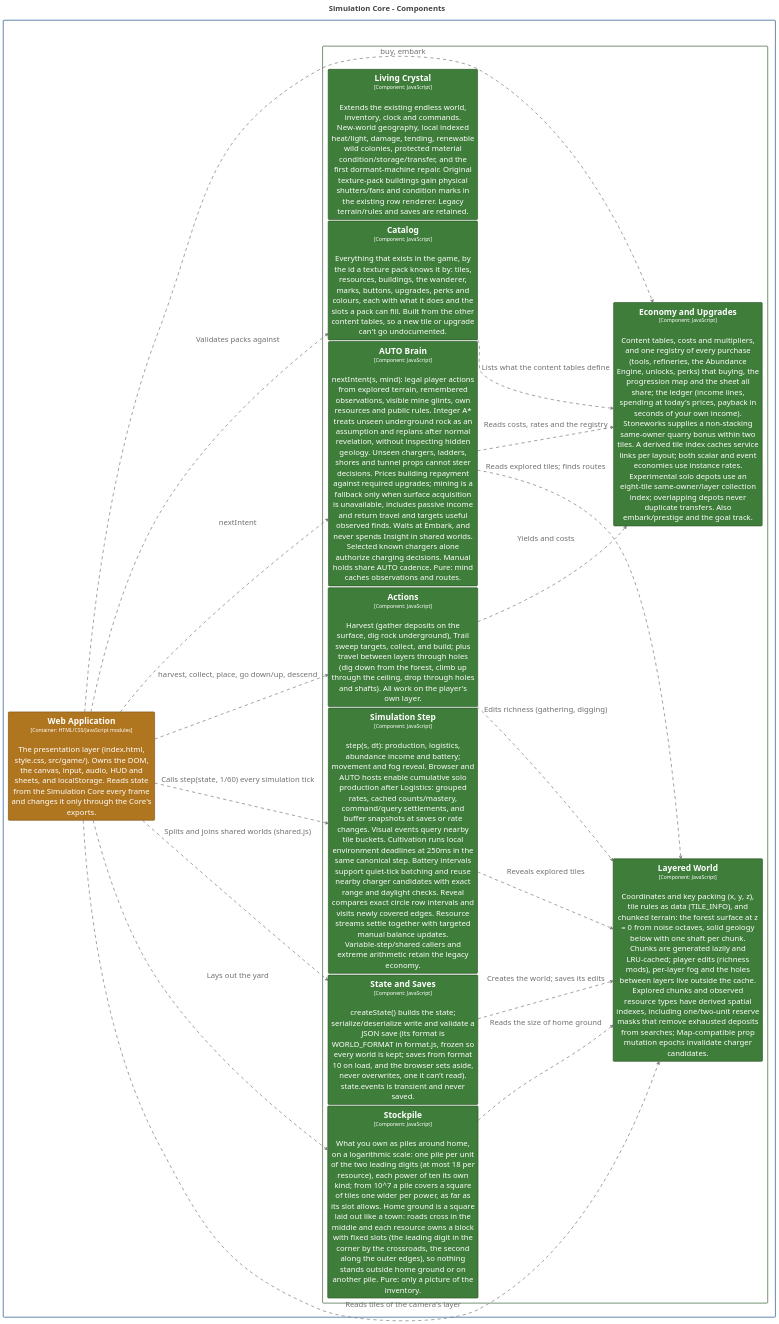
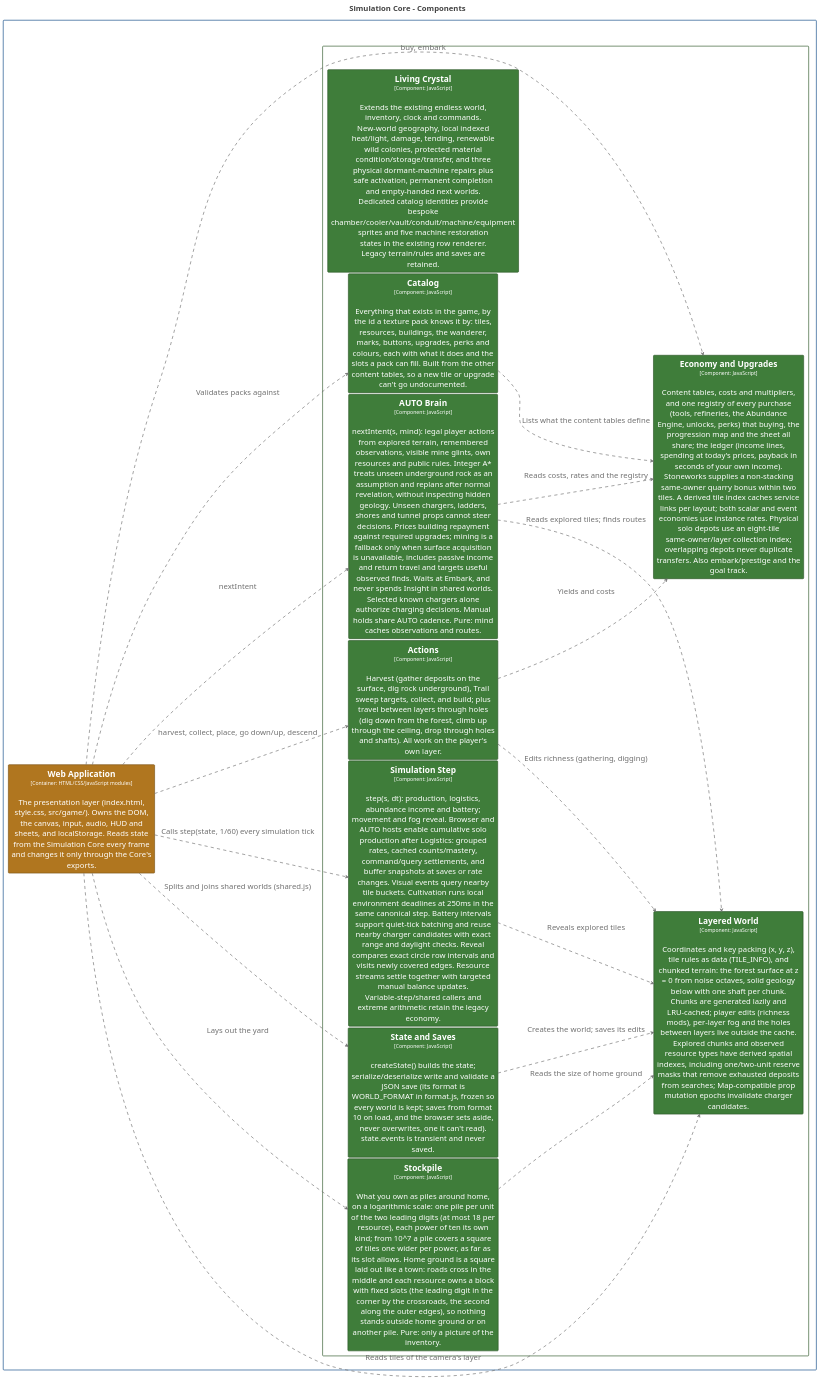
The diagram in structurizr/diagrams/CoreComponents.puml (bitkojine/more-than-enough), drawn with PlantUML before and after one commit. The commit also changed 114 other files, not shown here.

Commit message:
Refresh restoration artwork with chalk, slate and physical equipment tiers

```diff
--- a/structurizr/diagrams/CoreComponents.puml
+++ b/structurizr/diagrams/CoreComponents.puml
@@ -2,105 +2,105 @@
 @startuml
 title <size:24>Simulation Core - Components</size>
 
 set separator none
 left to right direction
 skinparam ranksep 20
 skinparam nodesep 5
 hide stereotype
 
 <style>
   root {
     BackgroundColor: #ffffff;
     FontColor: #444444;
   }
   // Element,Component,Core Engine
   .Element-RWxlbWVudCxDb21wb25lbnQsQ29yZSBFbmdpbmU= {
     BackgroundColor: #3f7d3a;
     LineColor: #2c5728;
     LineStyle: 0;
     LineThickness: 2;
     FontColor: #ffffff;
     FontSize: 24;
     HorizontalAlignment: center;
     Shadowing: 0;
     MaximumWidth: 450;
   }
   // Element,Container,Presentation
   .Element-RWxlbWVudCxDb250YWluZXIsUHJlc2VudGF0aW9u {
     BackgroundColor: #b0761f;
     LineColor: #7b5215;
     LineStyle: 0;
     LineThickness: 2;
     FontColor: #ffffff;
     FontSize: 24;
     HorizontalAlignment: center;
     Shadowing: 0;
     MaximumWidth: 450;
   }
   // Relationship
   .Relationship-UmVsYXRpb25zaGlw {
     LineThickness: 2;
     LineStyle: 10-10;
     LineColor: #707070;
     FontColor: #707070;
     FontSize: 24;
     MaximumWidth: 200;
   }
   // MORE THAN ENOUGH
   .Boundary-TU9SRSBUSEFOIEVOT1VHSA== {
     BackgroundColor: #ffffff;
     LineColor: #0b4884;
     LineStyle: 0;
     LineThickness: 2;
     FontColor: #ffffff;
     FontSize: 24;
     HorizontalAlignment: center;
     Shadowing: 0;
   }
   // Simulation Core
   .Boundary-U2ltdWxhdGlvbiBDb3Jl {
     BackgroundColor: #ffffff;
     LineColor: #2c5728;
     LineStyle: 0;
     LineThickness: 2;
     FontColor: #ffffff;
     FontSize: 24;
     HorizontalAlignment: center;
     Shadowing: 0;
   }
 </style>
 
 rectangle "MORE THAN ENOUGH\n<size:16>[Software System]</size>" <<Boundary-TU9SRSBUSEFOIEVOT1VHSA==>> {
   rectangle "Simulation Core\n<size:16>[Container: JavaScript modules (browser + Node)]</size>" <<Boundary-U2ltdWxhdGlvbiBDb3Jl>> {
-    rectangle "==Living Crystal\n<size:16>[Component: JavaScript]</size>\n\nExtends the existing endless world, inventory, clock and commands. New-world geography, local indexed heat/light, damage, tending, renewable wild colonies, protected material condition/storage/transfer, and the first dormant-machine repair. Original texture-pack buildings gain physical shutters/fans and condition marks in the existing row renderer. Legacy terrain/rules and saves are retained." <<Element-RWxlbWVudCxDb21wb25lbnQsQ29yZSBFbmdpbmU=>> as MORETHANENOUGH.SimulationCore.LivingCrystal
+    rectangle "==Living Crystal\n<size:16>[Component: JavaScript]</size>\n\nExtends the existing endless world, inventory, clock and commands. New-world geography, local indexed heat/light, damage, tending, renewable wild colonies, protected material condition/storage/transfer, and three physical dormant-machine repairs plus safe activation, permanent completion and empty-handed next worlds. Dedicated catalog identities provide bespoke chamber/cooler/vault/conduit/machine/equipment sprites and five machine restoration states in the existing row renderer. Legacy terrain/rules and saves are retained." <<Element-RWxlbWVudCxDb21wb25lbnQsQ29yZSBFbmdpbmU=>> as MORETHANENOUGH.SimulationCore.LivingCrystal
     rectangle "==Layered World\n<size:16>[Component: JavaScript]</size>\n\nCoordinates and key packing (x, y, z), tile rules as data (TILE_INFO), and chunked terrain: the forest surface at z = 0 from noise octaves, solid geology below with one shaft per chunk. Chunks are generated lazily and LRU-cached; player edits (richness mods), per-layer fog and the holes between layers live outside the cache. Explored chunks and observed resource types have derived spatial indexes, including one/two-unit reserve masks that remove exhausted deposits from searches; Map-compatible prop mutation epochs invalidate charger candidates." <<Element-RWxlbWVudCxDb21wb25lbnQsQ29yZSBFbmdpbmU=>> as MORETHANENOUGH.SimulationCore.LayeredWorld
     rectangle "==State and Saves\n<size:16>[Component: JavaScript]</size>\n\ncreateState() builds the state; serialize/deserialize write and validate a JSON save (its format is WORLD_FORMAT in format.js, frozen so every world is kept; saves from format 10 on load, and the browser sets aside, never overwrites, one it can't read). state.events is transient and never saved." <<Element-RWxlbWVudCxDb21wb25lbnQsQ29yZSBFbmdpbmU=>> as MORETHANENOUGH.SimulationCore.StateandSaves
     rectangle "==Simulation Step\n<size:16>[Component: JavaScript]</size>\n\nstep(s, dt): production, logistics, abundance income and battery; movement and fog reveal. Browser and AUTO hosts enable cumulative solo production after Logistics: grouped rates, cached counts/mastery, command/query settlements, and buffer snapshots at saves or rate changes. Visual events query nearby tile buckets. Cultivation runs local environment deadlines at 250ms in the same canonical step. Battery intervals support quiet-tick batching and reuse nearby charger candidates with exact range and daylight checks. Reveal compares exact circle row intervals and visits newly covered edges. Resource streams settle together with targeted manual balance updates. Variable-step/shared callers and extreme arithmetic retain the legacy economy." <<Element-RWxlbWVudCxDb21wb25lbnQsQ29yZSBFbmdpbmU=>> as MORETHANENOUGH.SimulationCore.SimulationStep
     rectangle "==Actions\n<size:16>[Component: JavaScript]</size>\n\nHarvest (gather deposits on the surface, dig rock underground), Trail sweep targets, collect, and build; plus travel between layers through holes (dig down from the forest, climb up through the ceiling, drop through holes and shafts). All work on the player's own layer." <<Element-RWxlbWVudCxDb21wb25lbnQsQ29yZSBFbmdpbmU=>> as MORETHANENOUGH.SimulationCore.Actions
     rectangle "==AUTO Brain\n<size:16>[Component: JavaScript]</size>\n\nnextIntent(s, mind): legal player actions from explored terrain, remembered observations, visible mine glints, own resources and public rules. Integer A* treats unseen underground rock as an assumption and replans after normal revelation, without inspecting hidden geology. Unseen chargers, ladders, shores and tunnel props cannot steer decisions. Prices building repayment against required upgrades; mining is a fallback only when surface acquisition is unavailable, includes passive income and return travel and targets useful observed finds. Waits at Embark, and never spends Insight in shared worlds. Selected known chargers alone authorize charging decisions. Manual holds share AUTO cadence. Pure: mind caches observations and routes." <<Element-RWxlbWVudCxDb21wb25lbnQsQ29yZSBFbmdpbmU=>> as MORETHANENOUGH.SimulationCore.AUTOBrain
     rectangle "==Stockpile\n<size:16>[Component: JavaScript]</size>\n\nWhat you own as piles around home, on a logarithmic scale: one pile per unit of the two leading digits (at most 18 per resource), each power of ten its own kind; from 10^7 a pile covers a square of tiles one wider per power, as far as its slot allows. Home ground is a square laid out like a town: roads cross in the middle and each resource owns a block with fixed slots (the leading digit in the corner by the crossroads, the second along the outer edges), so nothing stands outside home ground or on another pile. Pure: only a picture of the inventory." <<Element-RWxlbWVudCxDb21wb25lbnQsQ29yZSBFbmdpbmU=>> as MORETHANENOUGH.SimulationCore.Stockpile
     rectangle "==Catalog\n<size:16>[Component: JavaScript]</size>\n\nEverything that exists in the game, by the id a texture pack knows it by: tiles, resources, buildings, the wanderer, marks, buttons, upgrades, perks and colours, each with what it does and the slots a pack can fill. Built from the other content tables, so a new tile or upgrade can't go undocumented." <<Element-RWxlbWVudCxDb21wb25lbnQsQ29yZSBFbmdpbmU=>> as MORETHANENOUGH.SimulationCore.Catalog
-    rectangle "==Economy and Upgrades\n<size:16>[Component: JavaScript]</size>\n\nContent tables, costs and multipliers, and one registry of every purchase (tools, refineries, the Abundance Engine, unlocks, perks) that buying, the progression map and the sheet all share; the ledger (income lines, spending at today's prices, payback in seconds of your own income). Stoneworks supplies a non-stacking same-owner quarry bonus within two tiles. A derived tile index caches service links per layout; both scalar and event economies use instance rates. Experimental solo depots use an eight-tile same-owner/layer collection index; overlapping depots never duplicate transfers. Also embark/prestige and the goal track." <<Element-RWxlbWVudCxDb21wb25lbnQsQ29yZSBFbmdpbmU=>> as MORETHANENOUGH.SimulationCore.EconomyandUpgrades
+    rectangle "==Economy and Upgrades\n<size:16>[Component: JavaScript]</size>\n\nContent tables, costs and multipliers, and one registry of every purchase (tools, refineries, the Abundance Engine, unlocks, perks) that buying, the progression map and the sheet all share; the ledger (income lines, spending at today's prices, payback in seconds of your own income). Stoneworks supplies a non-stacking same-owner quarry bonus within two tiles. A derived tile index caches service links per layout; both scalar and event economies use instance rates. Physical solo depots use an eight-tile same-owner/layer collection index; overlapping depots never duplicate transfers. Also embark/prestige and the goal track." <<Element-RWxlbWVudCxDb21wb25lbnQsQ29yZSBFbmdpbmU=>> as MORETHANENOUGH.SimulationCore.EconomyandUpgrades
   }
 
   rectangle "==Web Application\n<size:16>[Container: HTML/CSS/JavaScript modules]</size>\n\nThe presentation layer (index.html, style.css, src/game/). Owns the DOM, the canvas, input, audio, HUD and sheets, and localStorage. Reads state from the Simulation Core every frame and changes it only through the Core's exports." <<Element-RWxlbWVudCxDb250YWluZXIsUHJlc2VudGF0aW9u>> as MORETHANENOUGH.WebApplication
 }
 
 MORETHANENOUGH.WebApplication --> MORETHANENOUGH.SimulationCore.Stockpile <<Relationship-UmVsYXRpb25zaGlw>> : "Lays out the yard"
 MORETHANENOUGH.SimulationCore.Stockpile --> MORETHANENOUGH.SimulationCore.LayeredWorld <<Relationship-UmVsYXRpb25zaGlw>> : "Reads the size of home ground"
 MORETHANENOUGH.WebApplication --> MORETHANENOUGH.SimulationCore.Catalog <<Relationship-UmVsYXRpb25zaGlw>> : "Validates packs against"
 MORETHANENOUGH.SimulationCore.Catalog --> MORETHANENOUGH.SimulationCore.EconomyandUpgrades <<Relationship-UmVsYXRpb25zaGlw>> : "Lists what the content tables define"
 MORETHANENOUGH.SimulationCore.SimulationStep --> MORETHANENOUGH.SimulationCore.LayeredWorld <<Relationship-UmVsYXRpb25zaGlw>> : "Reveals explored tiles"
 MORETHANENOUGH.SimulationCore.Actions --> MORETHANENOUGH.SimulationCore.LayeredWorld <<Relationship-UmVsYXRpb25zaGlw>> : "Edits richness (gathering, digging)"
 MORETHANENOUGH.SimulationCore.Actions --> MORETHANENOUGH.SimulationCore.EconomyandUpgrades <<Relationship-UmVsYXRpb25zaGlw>> : "Yields and costs"
 MORETHANENOUGH.SimulationCore.StateandSaves --> MORETHANENOUGH.SimulationCore.LayeredWorld <<Relationship-UmVsYXRpb25zaGlw>> : "Creates the world; saves its edits"
 MORETHANENOUGH.WebApplication --> MORETHANENOUGH.SimulationCore.StateandSaves <<Relationship-UmVsYXRpb25zaGlw>> : "Splits and joins shared worlds (shared.js)"
 MORETHANENOUGH.WebApplication --> MORETHANENOUGH.SimulationCore.AUTOBrain <<Relationship-UmVsYXRpb25zaGlw>> : "nextIntent"
 MORETHANENOUGH.SimulationCore.AUTOBrain --> MORETHANENOUGH.SimulationCore.LayeredWorld <<Relationship-UmVsYXRpb25zaGlw>> : "Reads explored tiles; finds routes"
 MORETHANENOUGH.SimulationCore.AUTOBrain --> MORETHANENOUGH.SimulationCore.EconomyandUpgrades <<Relationship-UmVsYXRpb25zaGlw>> : "Reads costs, rates and the registry"
 MORETHANENOUGH.WebApplication --> MORETHANENOUGH.SimulationCore.SimulationStep <<Relationship-UmVsYXRpb25zaGlw>> : "Calls step(state, 1/60) every simulation tick"
 MORETHANENOUGH.WebApplication --> MORETHANENOUGH.SimulationCore.Actions <<Relationship-UmVsYXRpb25zaGlw>> : "harvest, collect, place, go down/up, descend"
 MORETHANENOUGH.WebApplication --> MORETHANENOUGH.SimulationCore.EconomyandUpgrades <<Relationship-UmVsYXRpb25zaGlw>> : "buy, embark"
 MORETHANENOUGH.WebApplication --> MORETHANENOUGH.SimulationCore.LayeredWorld <<Relationship-UmVsYXRpb25zaGlw>> : "Reads tiles of the camera's layer"
 
 @enduml
```
